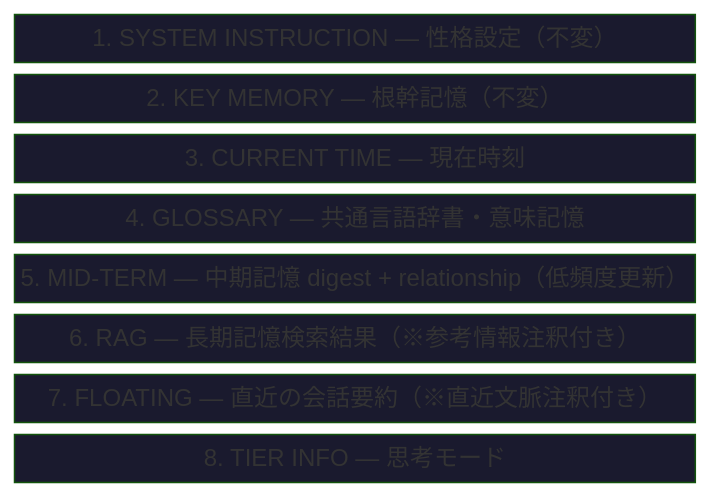
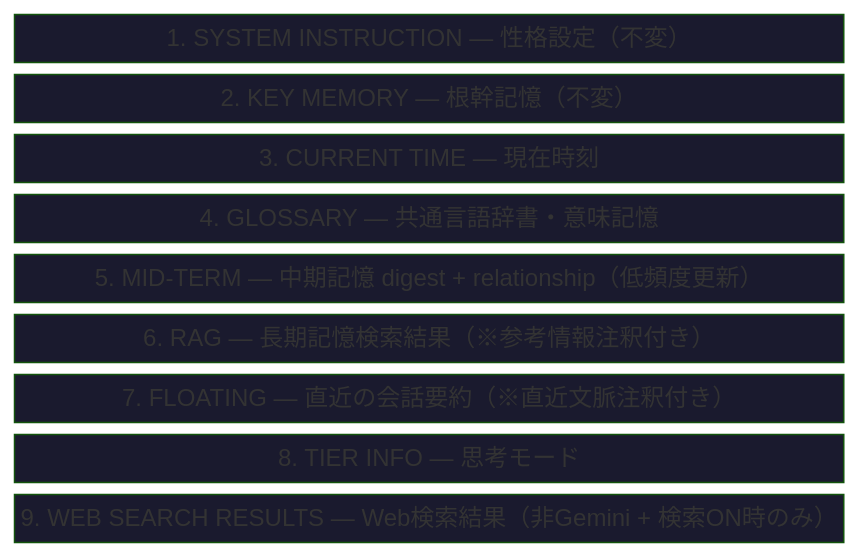
One commit to unagisann/Butly changed the second of 7 diagrams in docs/DIAGRAMS.ja.md. Above: the diagram before and after it, drawn with Mermaid (forest theme). The commit also changed other lines of this file and 24 other files, not shown here.

````diff
--- a/docs/DIAGRAMS.ja.md
+++ b/docs/DIAGRAMS.ja.md
@@ -39,21 +41,23 @@
 ```mermaid
 block-beta
     columns 1
     A["1. SYSTEM INSTRUCTION — 性格設定（不変）"]
     B["2. KEY MEMORY — 根幹記憶（不変）"]
     C["3. CURRENT TIME — 現在時刻"]
     D["4. GLOSSARY — 共通言語辞書・意味記憶"]
     E["5. MID-TERM — 中期記憶 digest + relationship（低頻度更新）"]
     F["6. RAG — 長期記憶検索結果（※参考情報注釈付き）"]
     G["7. FLOATING — 直近の会話要約（※直近文脈注釈付き）"]
     H["8. TIER INFO — 思考モード"]
+    I["9. WEB SEARCH RESULTS — Web検索結果（非Gemini + 検索ON時のみ）"]
 
     style A fill:#1a1a2e,color:#ec4899
     style B fill:#1a1a2e,color:#f59e0b
     style C fill:#1a1a2e,color:#8899aa
     style D fill:#1a1a2e,color:#a78bfa
     style E fill:#1a1a2e,color:#10b981
     style F fill:#1a1a2e,color:#ef4444
     style G fill:#1a1a2e,color:#3b82f6
     style H fill:#1a1a2e,color:#556677
+    style I fill:#1a1a2e,color:#f97316
 ```
````
